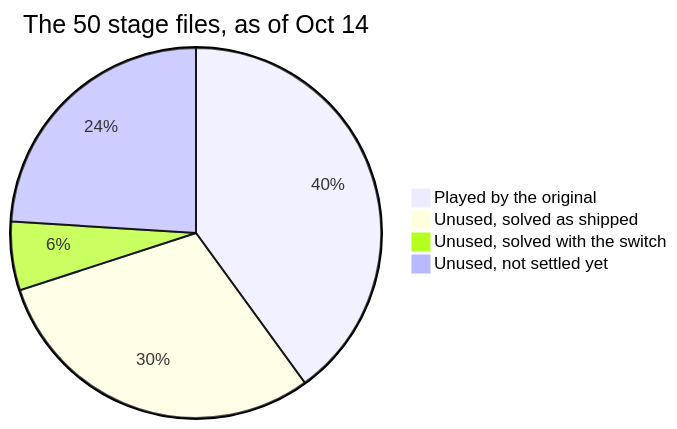
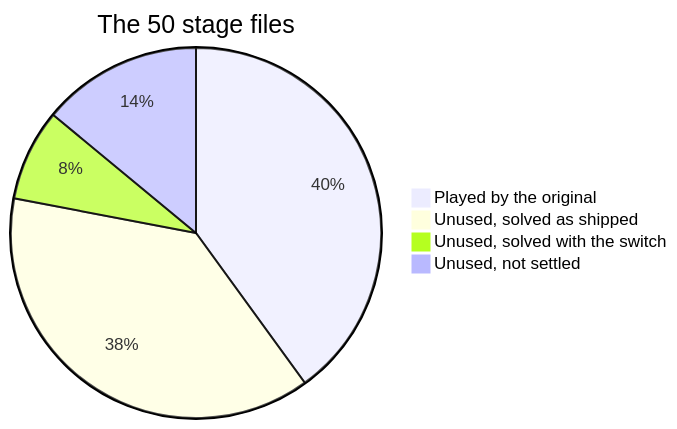
Before and after one commit to hazeliscoding/puzzle-boy: the diagram in docs/bonus-stages.md, drawn with Mermaid. The commit also changed other lines of this file, not shown here.

````diff
--- a/docs/bonus-stages.md
+++ b/docs/bonus-stages.md
@@ -10,7 +10,7 @@
 ```mermaid
-pie title The 50 stage files, as of Oct 14
+pie title The 50 stage files
     "Played by the original" : 20
-    "Unused, solved as shipped" : 15
-    "Unused, solved with the switch" : 3
-    "Unused, not settled yet" : 12
+    "Unused, solved as shipped" : 19
+    "Unused, solved with the switch" : 4
+    "Unused, not settled" : 7
 ```
````
